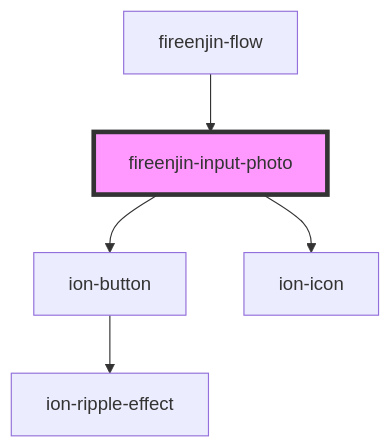
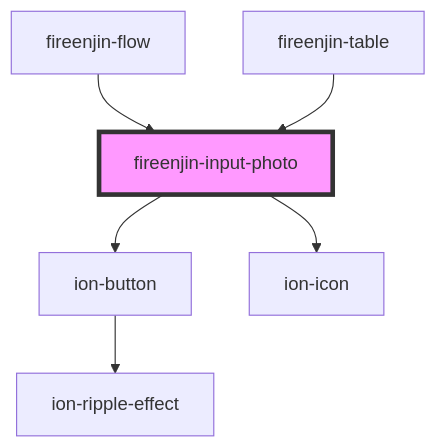
One commit to FireEnjin/Components changed the diagram in src/components/input-photo/readme.md. Above: the diagram before and after it, drawn with Mermaid. The commit also changed other lines of this file and 15 other files, not shown here.

````diff
--- a/src/components/input-photo/readme.md
+++ b/src/components/input-photo/readme.md
@@ -65,8 +66,9 @@
 ```mermaid
 graph TD;
   fireenjin-input-photo --> ion-button
   fireenjin-input-photo --> ion-icon
   ion-button --> ion-ripple-effect
   fireenjin-flow --> fireenjin-input-photo
+  fireenjin-table --> fireenjin-input-photo
   style fireenjin-input-photo fill:#f9f,stroke:#333,stroke-width:4px
 ```
````
